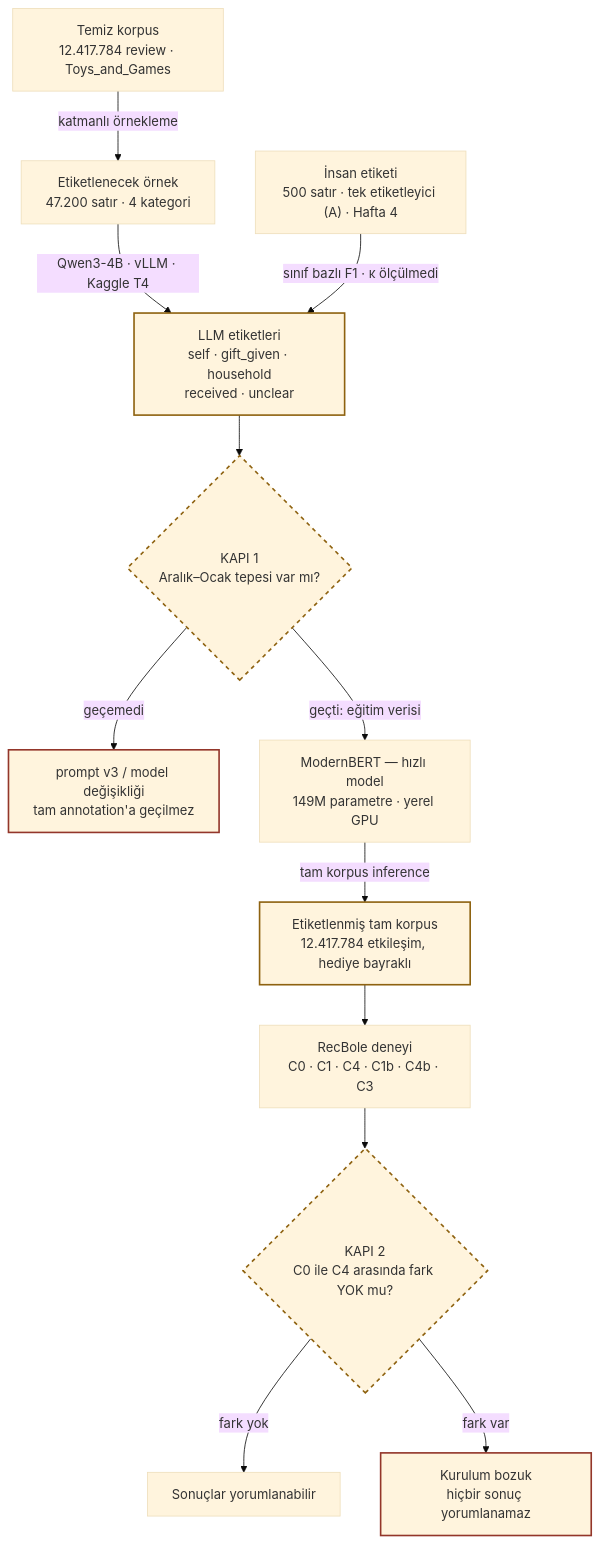
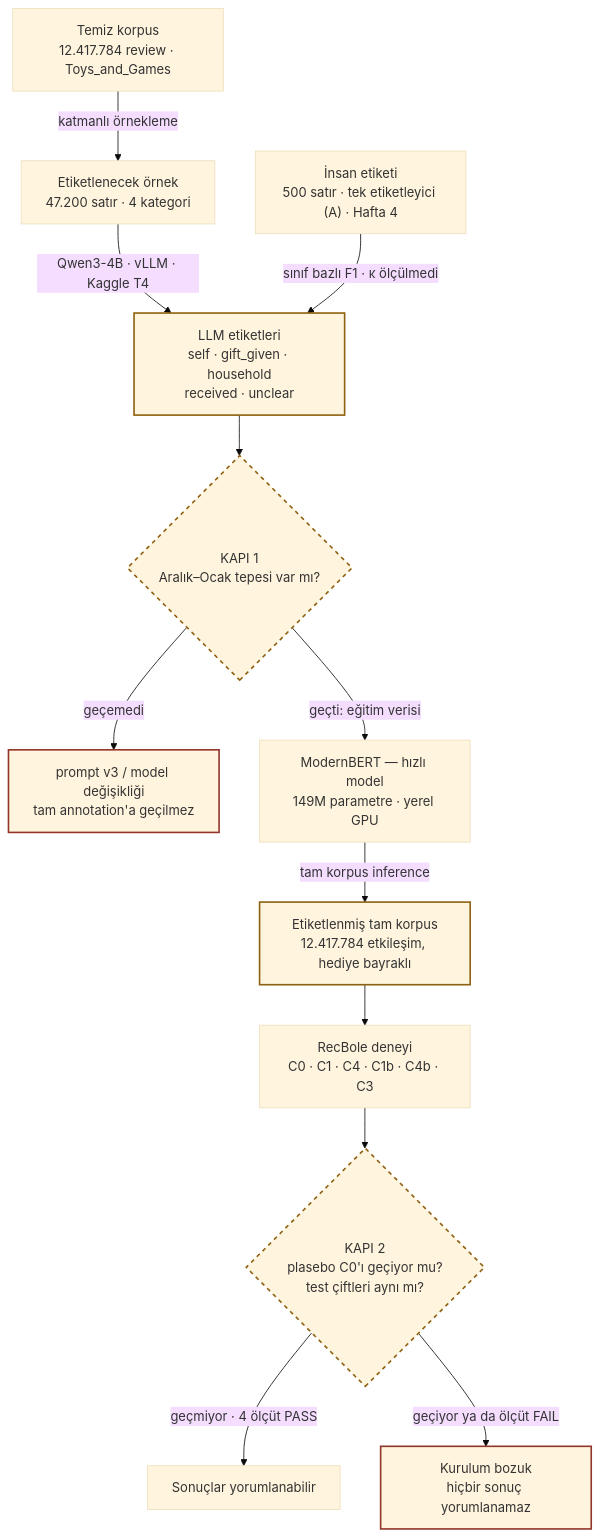
The diagram in repo/docs/GENEL_BAKIS.md (edasaruhan/SIC_AI_17_Capstone_Group_2), drawn with Mermaid (base theme) before and after one commit. The commit also changed other lines of this file and 18 other files, not shown here.

````diff
--- a/repo/docs/GENEL_BAKIS.md
+++ b/repo/docs/GENEL_BAKIS.md
@@ -78,34 +78,34 @@
 ```mermaid
 flowchart TD
     A["Temiz korpus<br/>12.417.784 review · Toys_and_Games"]
     B["Etiketlenecek örnek<br/>47.200 satır · 4 kategori"]
     C["LLM etiketleri<br/>self · gift_given · household<br/>received · unclear"]
     H["İnsan etiketi<br/>500 satır · tek etiketleyici (A) · Hafta 4"]
     G1{"KAPI 1<br/>Aralık–Ocak tepesi var mı?"}
     P["prompt v3 / model değişikliği<br/>tam annotation'a geçilmez"]
     D["ModernBERT — hızlı model<br/>149M parametre · yerel GPU"]
     E["Etiketlenmiş tam korpus<br/>12.417.784 etkileşim, hediye bayraklı"]
     F["RecBole deneyi<br/>C0 · C1 · C4 · C1b · C4b · C3"]
-    G2{"KAPI 2<br/>C0 ile C4 arasında fark YOK mu?"}
+    G2{"KAPI 2<br/>plasebo C0'ı geçiyor mu?<br/>test çiftleri aynı mı?"}
     R["Sonuçlar yorumlanabilir"]
     INV["Kurulum bozuk<br/>hiçbir sonuç yorumlanamaz"]
 
     A -->|"katmanlı örnekleme"| B
     B -->|"Qwen3-4B · vLLM · Kaggle T4"| C
     H -->|"sınıf bazlı F1 · κ ölçülmedi"| C
     C --> G1
     G1 -->|"geçti: eğitim verisi"| D
     G1 -->|"geçemedi"| P
     D -->|"tam korpus inference"| E
     E --> F
     F --> G2
-    G2 -->|"fark yok"| R
-    G2 -->|"fark var"| INV
+    G2 -->|"geçmiyor · 4 ölçüt PASS"| R
+    G2 -->|"geçiyor ya da ölçüt FAIL"| INV
 
     classDef gift stroke:#8E6210,stroke-width:2px
     classDef gate stroke:#8E6210,stroke-width:2px,stroke-dasharray:5
     classDef stop stroke:#93362A,stroke-width:2px
     class C,E gift
     class G1,G2 gate
     class P,INV stop
 ```
````
